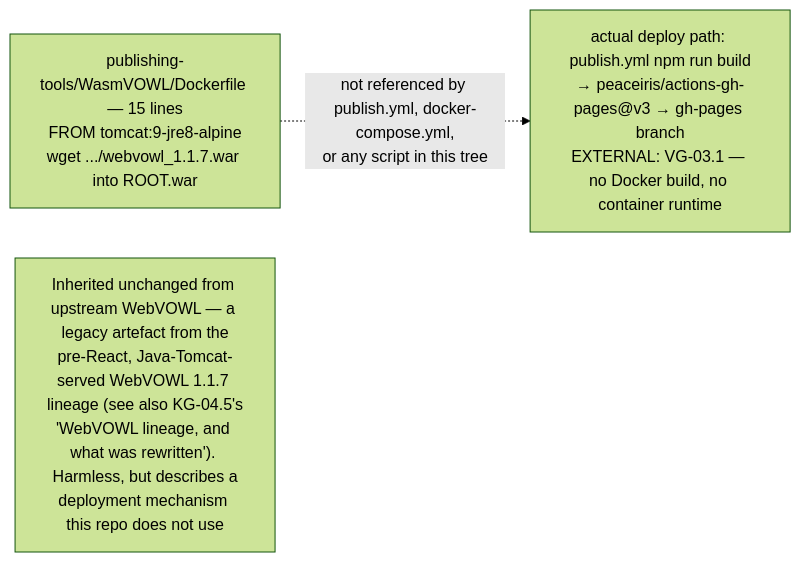
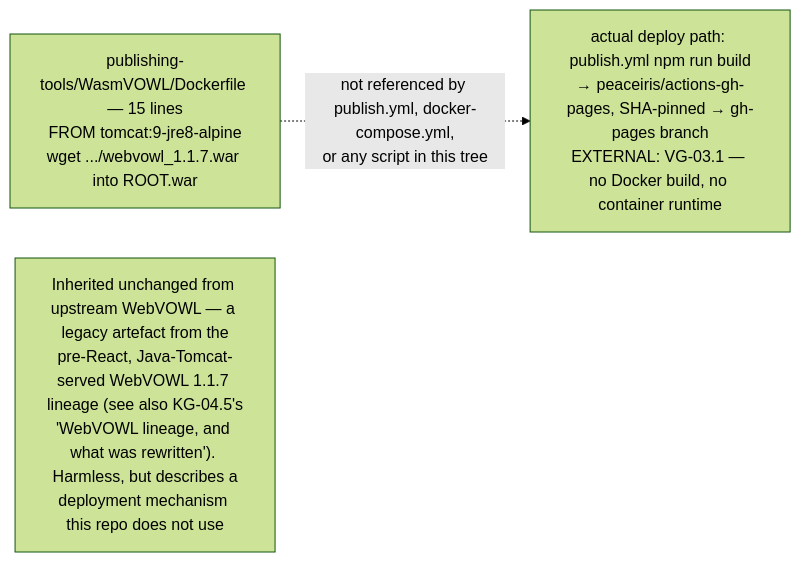
The fifth of 5 diagrams in docs/diagrams/visiongraph/06-shipping-explorer-duplication.md (DreamLab-AI/VisionFlow), drawn with Mermaid (forest theme) before and after one commit. The commit also changed other lines of this file and 11 other files, not shown here.

First line of the commit message:
docs(diagrams): audit the five light areas, and draw the proposed chain view

````diff
--- a/docs/diagrams/visiongraph/06-shipping-explorer-duplication.md
+++ b/docs/diagrams/visiongraph/06-shipping-explorer-duplication.md
@@ -81,7 +81,7 @@
 ```mermaid
 flowchart LR
     DOCKER["publishing-tools/WasmVOWL/Dockerfile — 15 lines<br/>FROM tomcat:9-jre8-alpine<br/>wget .../webvowl_1.1.7.war into ROOT.war"]
-    DEPLOY["actual deploy path: publish.yml npm run build<br/>→ peaceiris/actions-gh-pages@v3 → gh-pages branch<br/>EXTERNAL: VG-03.1 — no Docker build, no container runtime"]
+    DEPLOY["actual deploy path: publish.yml npm run build<br/>→ peaceiris/actions-gh-pages, SHA-pinned → gh-pages branch<br/>EXTERNAL: VG-03.1 — no Docker build, no container runtime"]
     DOCKER -.->|"not referenced by publish.yml, docker-compose.yml,<br/>or any script in this tree"| DEPLOY
     note1["Inherited unchanged from upstream WebVOWL — a legacy artefact from the<br/>pre-React, Java-Tomcat-served WebVOWL 1.1.7 lineage #40;see also KG-04.5's<br/>'WebVOWL lineage, and what was rewritten'#41;. Harmless, but describes a<br/>deployment mechanism this repo does not use"]
 ```
````
